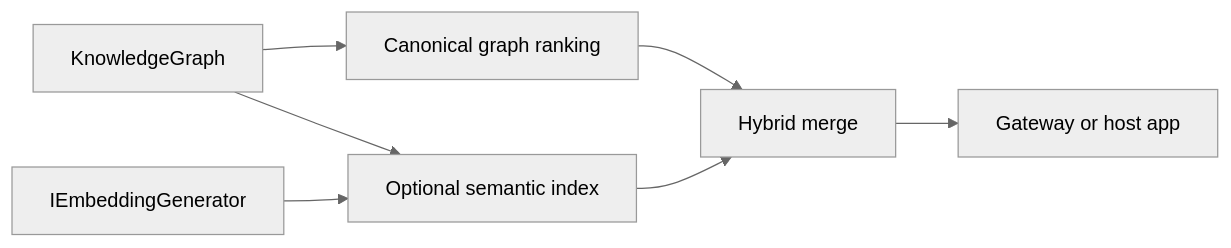
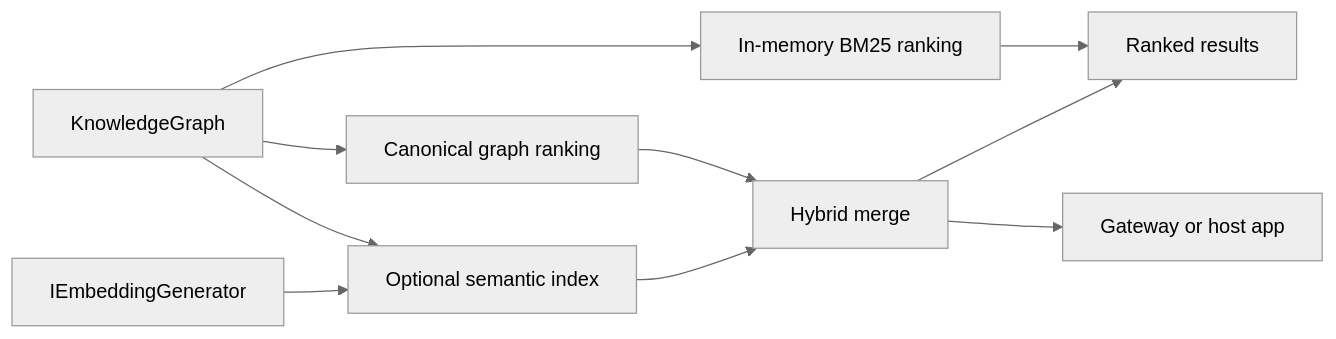
The diagram in docs/ADR/ADR-0005-hybrid-graph-search.md (managedcode/markdown-ld-kb), drawn with Mermaid (neutral theme) before and after one commit. The commit also changed other lines of this file and 21 other files, not shown here.

````diff
--- a/docs/ADR/ADR-0005-hybrid-graph-search.md
+++ b/docs/ADR/ADR-0005-hybrid-graph-search.md
@@ -30,9 +34,12 @@
 ```mermaid
 flowchart LR
     Graph["KnowledgeGraph"] --> Canonical["Canonical graph ranking"]
+    Graph --> Bm25["In-memory BM25 ranking"]
     Graph --> SemanticIndex["Optional semantic index"]
     Embedder["IEmbeddingGenerator"] --> SemanticIndex
     Canonical --> Hybrid["Hybrid merge"]
+    Bm25 --> Results["Ranked results"]
     SemanticIndex --> Hybrid
+    Hybrid --> Results
     Hybrid --> Gateway["Gateway or host app"]
 ```
````
